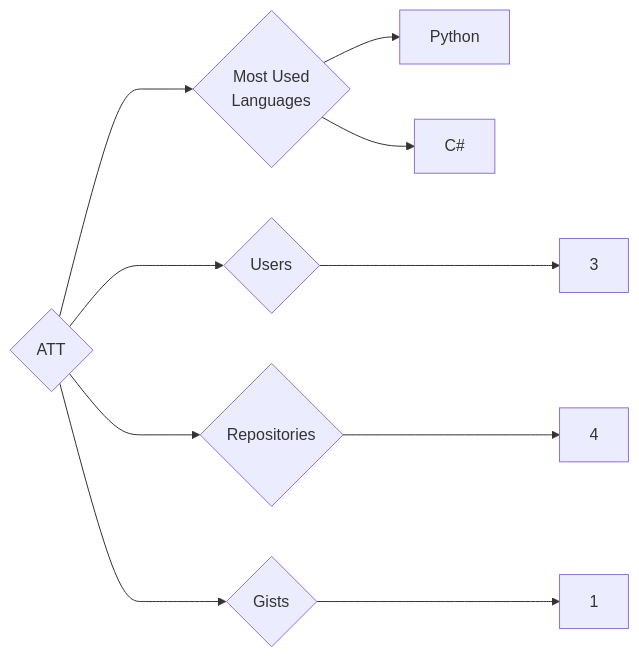
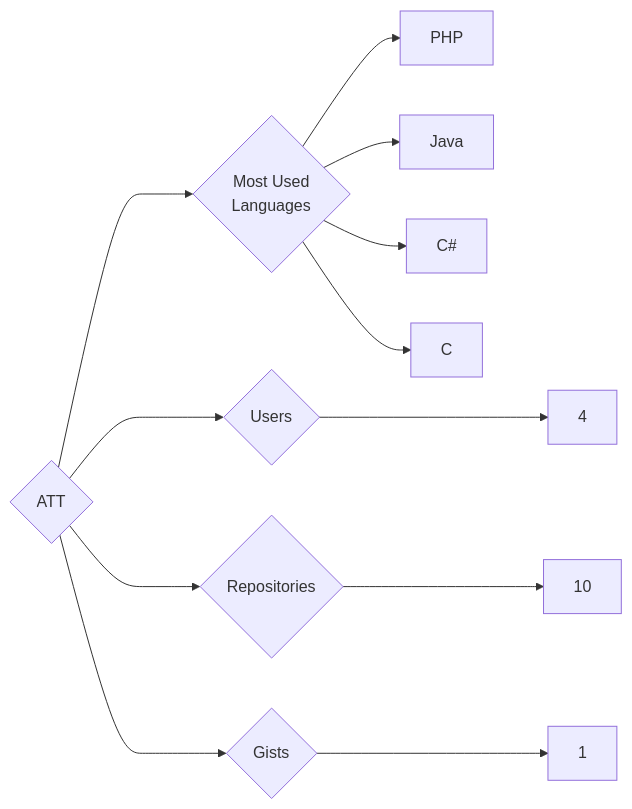
The diagram in targets/ATT/README.md (trickest/insiders), drawn with Mermaid before and after one commit. The commit also changed 1088 other files, not shown here.

````diff
--- a/targets/ATT/README.md
+++ b/targets/ATT/README.md
@@ -3,10 +3,12 @@
 ```mermaid
 graph LR
 COMPANY_NAME{ATT}
-COMPANY_NAME ---> U{Users} ---> UN[3]
-COMPANY_NAME ---> R{Repositories} ---> RN[4]
+COMPANY_NAME ---> U{Users} ---> UN[4]
+COMPANY_NAME ---> R{Repositories} ---> RN[10]
 COMPANY_NAME ---> G{Gists} ---> GN[1]
 COMPANY_NAME ---> ML{Most Used<br>Languages}
-ML --> Python[Python]
+ML --> PHP[PHP]
+ML --> Java[Java]
 ML --> C#[C#]
+ML --> C[C]
 ```
````
